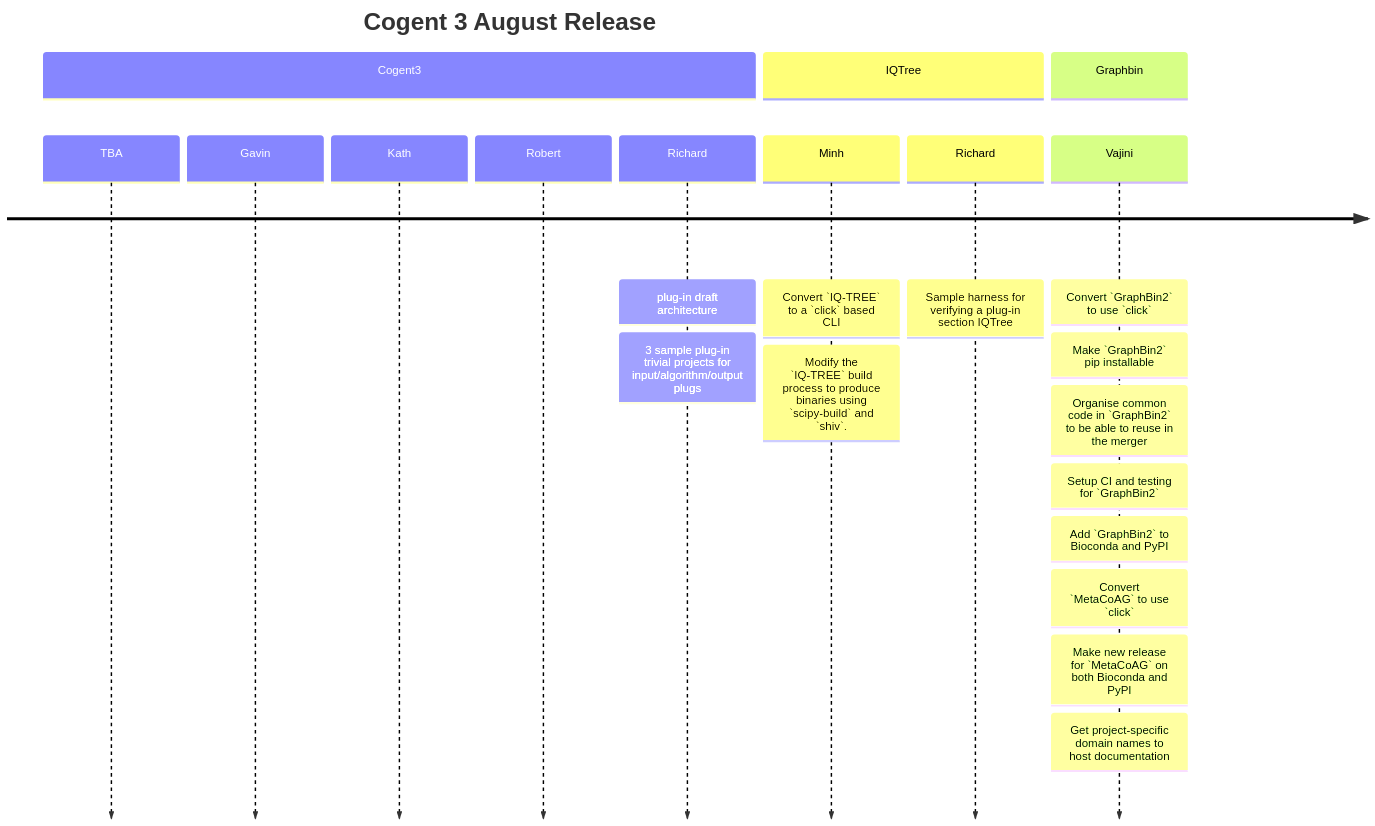
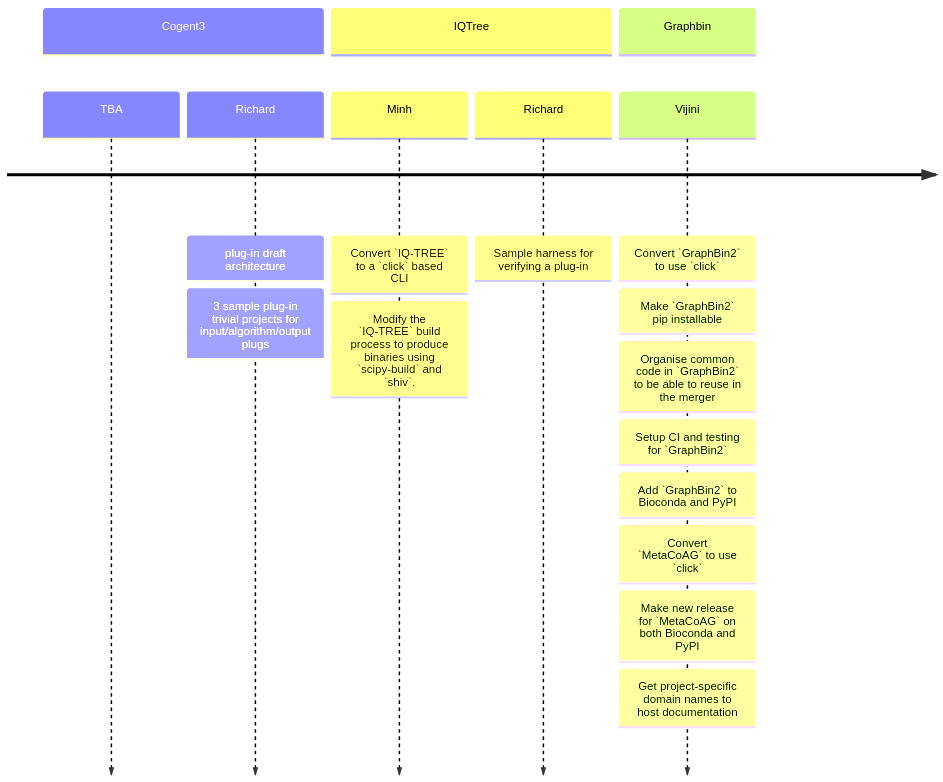
The second of 4 diagrams in docs/milestones.md (khiron/testscriv), drawn with Mermaid before and after one commit. The commit also changed other lines of this file, not shown here.

````diff
--- a/docs/milestones.md
+++ b/docs/milestones.md
@@ -28,33 +43,28 @@
 ```mermaid
 timeline
-title Cogent 3 August Release
-
 section Cogent3
 TBA 
-Gavin 
-Kath 
-Robert 
 Richard 
 : plug-in draft architecture 
 : 3 sample plug-in trivial projects for input/algorithm/output plugs 
 
 section IQTree
 Minh 
 : Convert `IQ-TREE` to a `click` based CLI
 : Modify the `IQ-TREE` build process to produce binaries using `scipy-build` and `shiv`. 
 Richard
-: Sample harness for verifying a plug-in section IQTree
+: Sample harness for verifying a plug-in 
 
 
 section Graphbin 
-Vajini 
+Vijini 
 : Convert `GraphBin2` to use `click`
 : Make `GraphBin2` pip installable
 : Organise common code in `GraphBin2` to be able to reuse in the merger
 : Setup CI and testing for `GraphBin2`
 : Add `GraphBin2` to Bioconda and PyPI
 : Convert `MetaCoAG` to use `click`
 : Make new release for `MetaCoAG` on both Bioconda and PyPI
 : Get project-specific domain names to host documentation​
 
 ```
````
